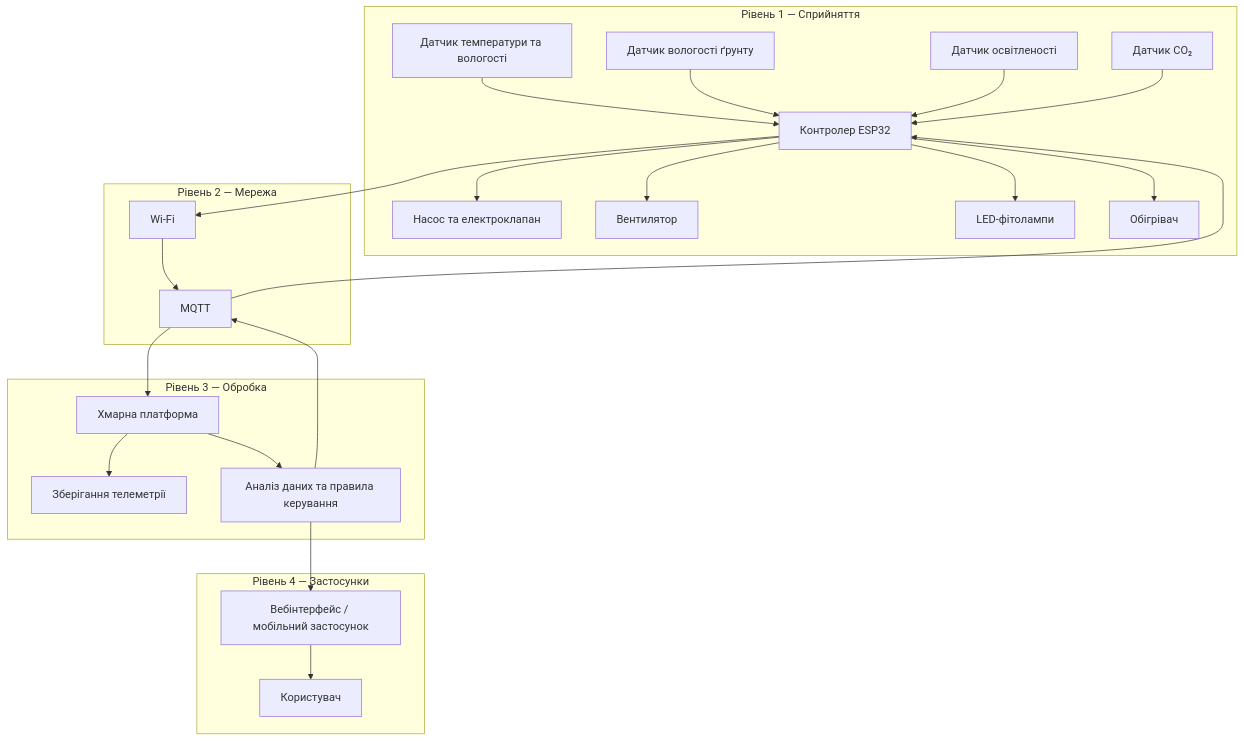
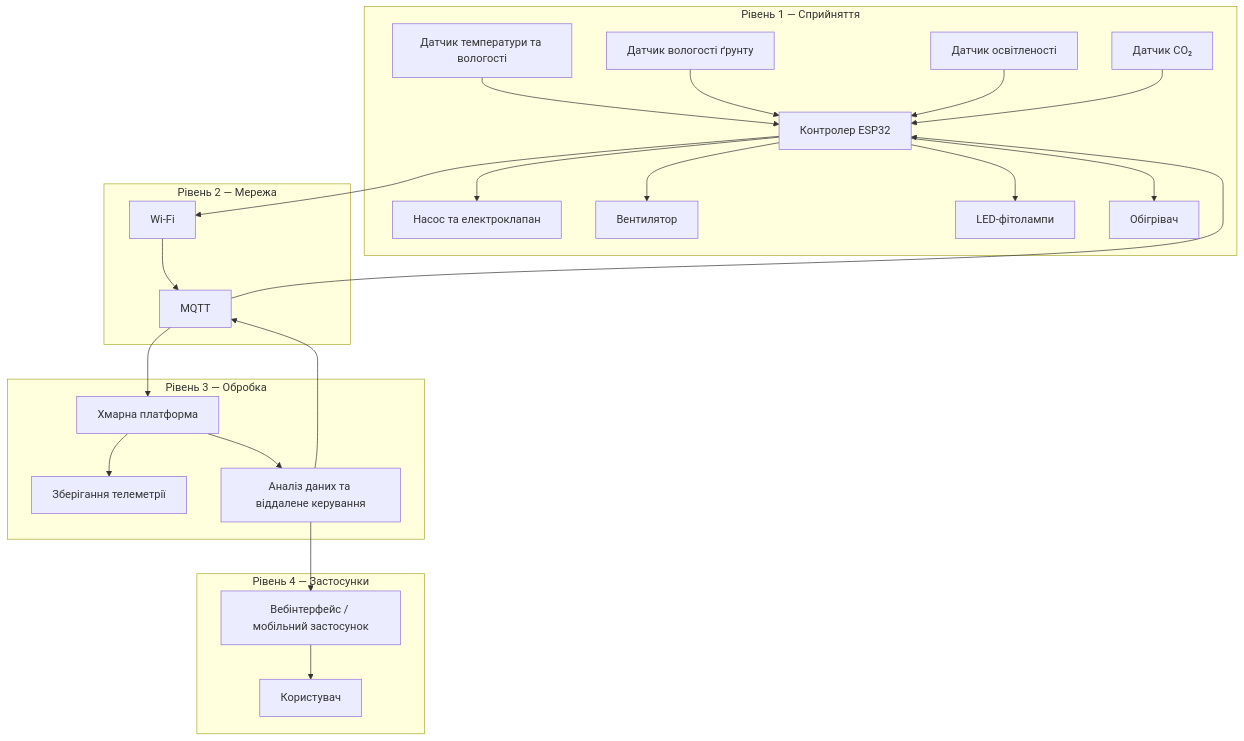
One commit to Maksym-Ustych/IoT_Practical_1 changed the diagram in README.md. Above: the diagram before and after it, drawn with Mermaid.

Commit message:
Refine architecture diagram

````diff
--- a/README.md
+++ b/README.md
@@ -49,52 +49,52 @@
 ```mermaid
 flowchart TB
     subgraph L1["Рівень 1 — Сприйняття"]
         S1["Датчик температури та вологості"]
         S2["Датчик вологості ґрунту"]
         S3["Датчик освітленості"]
         S4["Датчик CO₂"]
         A1["Насос та електроклапан"]
         A2["Вентилятор"]
         A3["LED-фітолампи"]
         A4["Обігрівач"]
         ESP["Контролер ESP32"]
     end
 
     subgraph L2["Рівень 2 — Мережа"]
         WIFI["Wi-Fi"]
         MQTT["MQTT"]
     end
 
     subgraph L3["Рівень 3 — Обробка"]
         CLOUD["Хмарна платформа"]
         DB["Зберігання телеметрії"]
-        RULES["Аналіз даних та правила керування"]
+        RULES["Аналіз даних та віддалене керування"]
     end
 
     subgraph L4["Рівень 4 — Застосунки"]
         WEB["Вебінтерфейс / мобільний застосунок"]
         USER["Користувач"]
     end
 
     S1 --> ESP
     S2 --> ESP
     S3 --> ESP
     S4 --> ESP
 
     ESP --> WIFI
     WIFI --> MQTT
     MQTT --> CLOUD
 
     CLOUD --> DB
     CLOUD --> RULES
     RULES --> WEB
     WEB --> USER
 
     RULES --> MQTT
     MQTT --> ESP
 
     ESP --> A1
     ESP --> A2
     ESP --> A3
     ESP --> A4
 ```
````
